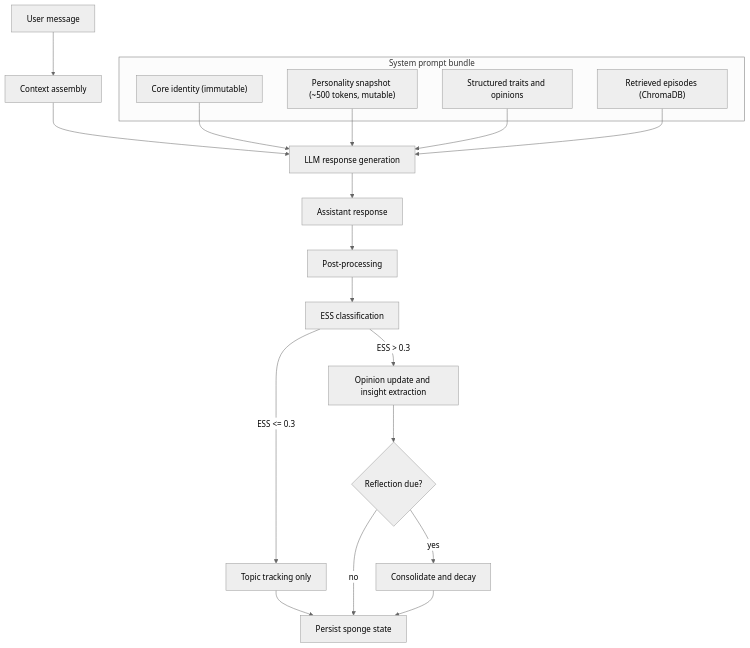
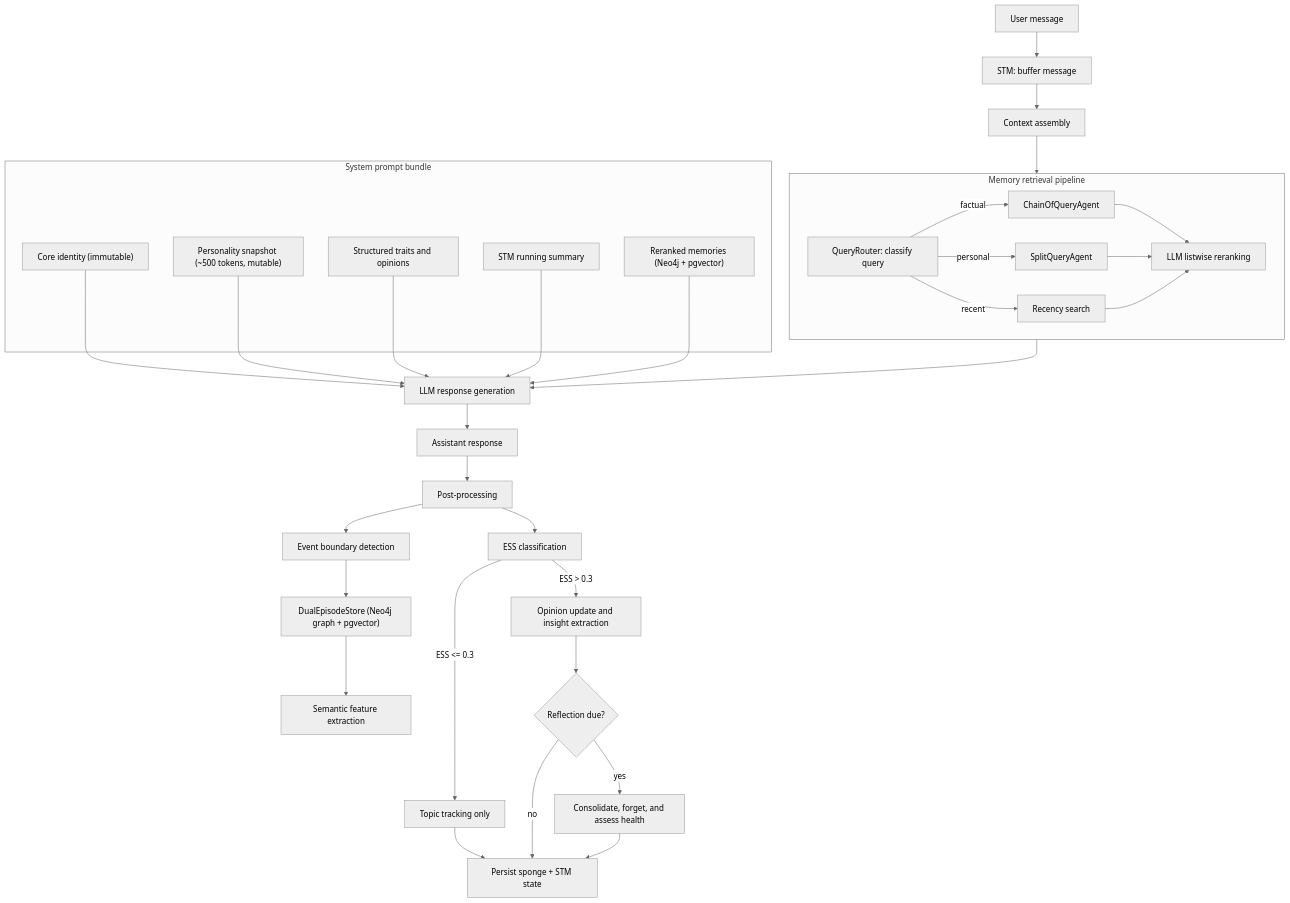
Before and after one commit to Okm165/Sonality: the first of 3 diagrams in README.md, drawn with Mermaid (neutral theme). The commit also changed other lines of this file and 8 other files, not shown here.

First line of the commit message:
docs: update documentation for three-layer memory architecture

````diff
--- a/README.md
+++ b/README.md
@@ -11,27 +13,44 @@
 ```mermaid
 flowchart TD
-    USER["User message"] --> CTX["Context assembly"]
+    USER["User message"] --> STM_IN["STM: buffer message"]
+    STM_IN --> CTX["Context assembly"]
+
+    subgraph RETRIEVAL["Memory retrieval pipeline"]
+        ROUTE["QueryRouter: classify query"]
+        ROUTE -->|factual| COQ["ChainOfQueryAgent"]
+        ROUTE -->|personal| SPLIT["SplitQueryAgent"]
+        ROUTE -->|recent| RECENCY["Recency search"]
+        COQ --> RERANK["LLM listwise reranking"]
+        SPLIT --> RERANK
+        RECENCY --> RERANK
+    end
 
     subgraph PROMPT["System prompt bundle"]
         ID["Core identity (immutable)"]
         SNAP["Personality snapshot (~500 tokens, mutable)"]
         TRAITS["Structured traits and opinions"]
-        MEM["Retrieved episodes (ChromaDB)"]
+        SUMMARY["STM running summary"]
+        MEM["Reranked memories (Neo4j + pgvector)"]
     end
 
-    CTX --> GEN["LLM response generation"]
+    CTX --> RETRIEVAL
+    RETRIEVAL --> GEN["LLM response generation"]
     ID --> GEN
     SNAP --> GEN
     TRAITS --> GEN
+    SUMMARY --> GEN
     MEM --> GEN
     GEN --> RESP["Assistant response"]
     RESP --> POST["Post-processing"]
+    POST --> BOUNDARY["Event boundary detection"]
+    BOUNDARY --> DUAL["DualEpisodeStore (Neo4j graph + pgvector)"]
+    DUAL --> SEMANTIC["Semantic feature extraction"]
     POST --> ESS["ESS classification"]
     ESS -->|ESS > 0.3| UPDATE["Opinion update and insight extraction"]
     ESS -->|ESS <= 0.3| TRACK["Topic tracking only"]
     UPDATE --> REFLECT{"Reflection due?"}
-    TRACK --> SAVE["Persist sponge state"]
-    REFLECT -->|yes| CONSOLIDATE["Consolidate and decay"]
+    TRACK --> SAVE["Persist sponge + STM state"]
+    REFLECT -->|yes| CONSOLIDATE["Consolidate, forget, and assess health"]
     REFLECT -->|no| SAVE
     CONSOLIDATE --> SAVE
 ```
````
